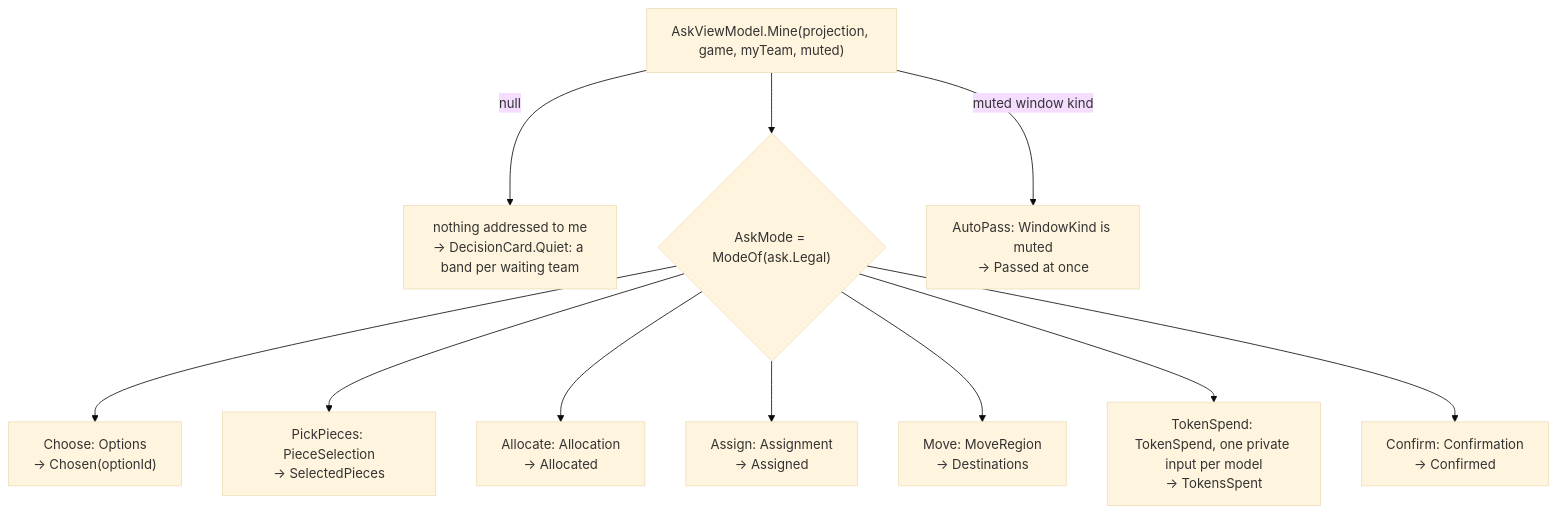
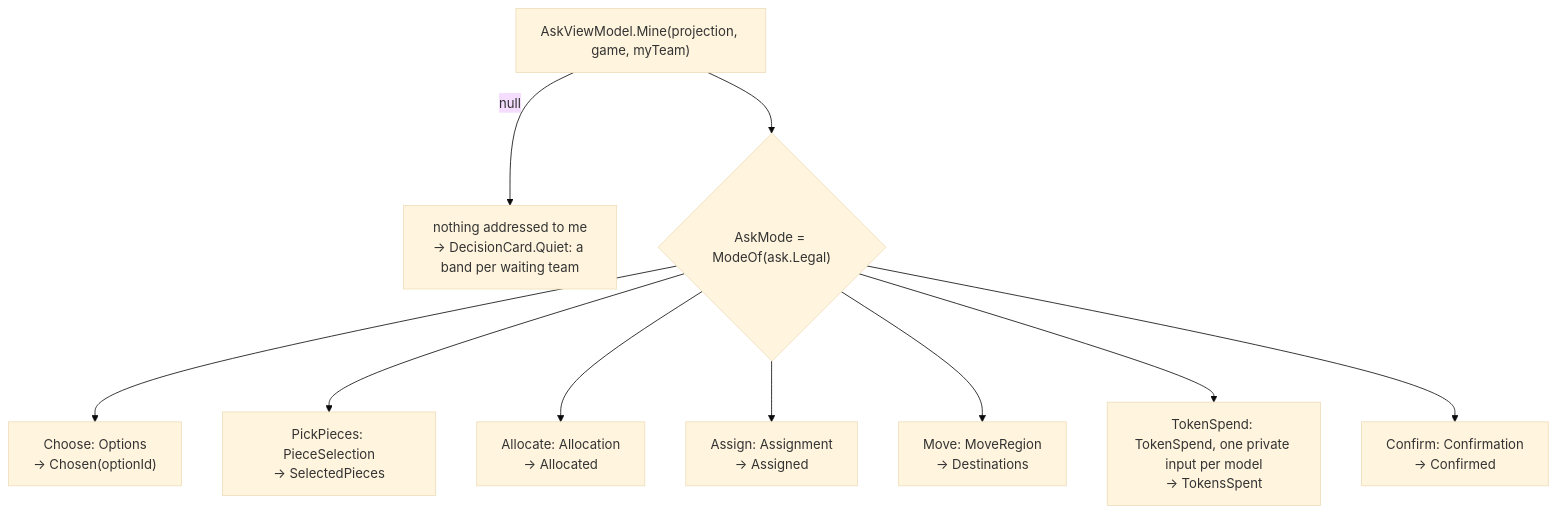
One commit to cstupi/tabletop changed the diagram in docs/design/client/play-screen.md. Above: the diagram before and after it, drawn with Mermaid (base theme). The commit also changed other lines of this file and 58 other files, not shown here.

First line of the commit message:
Prompts are never muted: the Mute button, the auto-pass and the stored muted list are gone from the client and the browser app; every window Ask is shown with Pass

````diff
--- a/docs/design/client/play-screen.md
+++ b/docs/design/client/play-screen.md
@@ -116,25 +116,23 @@
 ```mermaid
 flowchart TD
-  mine["AskViewModel.Mine(projection, game, myTeam, muted)"]
+  mine["AskViewModel.Mine(projection, game, myTeam)"]
   none["nothing addressed to me<br/>-> DecisionCard.Quiet: a band per waiting team"]
   legal{"AskMode = ModeOf(ask.Legal)"}
   choose["Choose: Options<br/>-> Chosen(optionId)"]
   pick["PickPieces: PieceSelection<br/>-> SelectedPieces"]
   alloc["Allocate: Allocation<br/>-> Allocated"]
   assign["Assign: Assignment<br/>-> Assigned"]
   move["Move: MoveRegion<br/>-> Destinations"]
   spend["TokenSpend: TokenSpend, one private input per model<br/>-> TokensSpent"]
   confirm["Confirm: Confirmation<br/>-> Confirmed"]
-  autopass["AutoPass: WindowKind is muted<br/>-> Passed at once"]
 
   mine -- "null" --> none
-  mine -- "muted window kind" --> autopass
   mine --> legal
   legal --> choose
   legal --> pick
   legal --> alloc
   legal --> assign
   legal --> move
   legal --> spend
   legal --> confirm
 ```
````
